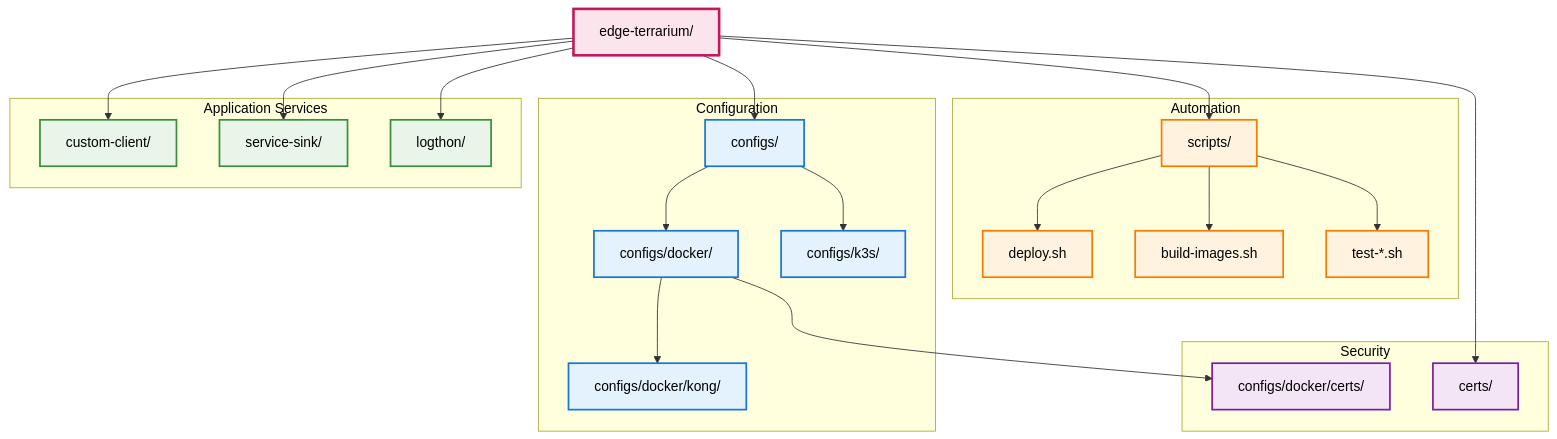
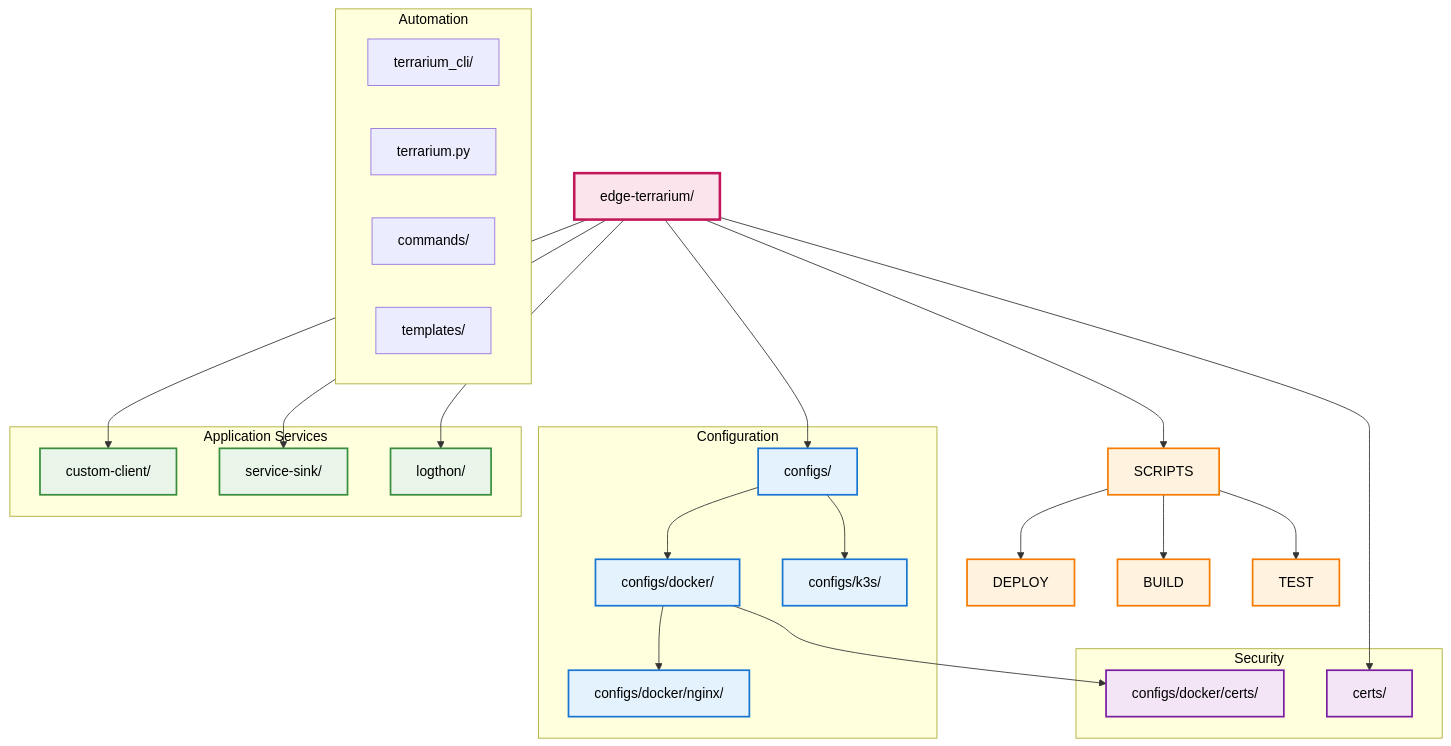
Before and after one commit to aztechead/edge-terrarium: the ninth of 10 diagrams in README.md, drawn with Mermaid. The commit also changed other lines of this file and 8 other files, not shown here.

````diff
--- a/README.md
+++ b/README.md
@@ -1659,58 +1622,58 @@
 ```mermaid
 %%{init: {'themeVariables': {'darkMode': true}}}%%
 flowchart TD
     ROOT[edge-terrarium/]
     
     subgraph "Application Services"
         CC[custom-client/]
         SS[service-sink/]
         LT[logthon/]
     end
     
     subgraph "Configuration"
         CONFIG[configs/]
         DOCKER[configs/docker/]
         K3S[configs/k3s/]
-        KONG[configs/docker/kong/]
+        NGINX[configs/docker/nginx/]
     end
     
     subgraph "Automation"
-        SCRIPTS[scripts/]
-        DEPLOY[deploy.sh]
-        BUILD[build-images.sh]
-        TEST[test-*.sh]
+        CLI[terrarium_cli/]
+        PYTHON[terrarium.py]
+        COMMANDS[commands/]
+        TEMPLATES[templates/]
     end
     
     subgraph "Security"
         CERTS[certs/]
         DOCKER_CERTS[configs/docker/certs/]
     end
     
     ROOT --> CC
     ROOT --> SS
     ROOT --> LT
     ROOT --> CONFIG
     ROOT --> SCRIPTS
     ROOT --> CERTS
     
     CONFIG --> DOCKER
     CONFIG --> K3S
-    DOCKER --> KONG
+    DOCKER --> NGINX
     DOCKER --> DOCKER_CERTS
     
     SCRIPTS --> DEPLOY
     SCRIPTS --> BUILD
     SCRIPTS --> TEST
     
     classDef app fill:#e8f5e8,stroke:#388e3c,stroke-width:2px,color:#000
     classDef config fill:#e3f2fd,stroke:#1976d2,stroke-width:2px,color:#000
     classDef script fill:#fff3e0,stroke:#f57c00,stroke-width:2px,color:#000
     classDef security fill:#f3e5f5,stroke:#7b1fa2,stroke-width:2px,color:#000
     classDef root fill:#fce4ec,stroke:#c2185b,stroke-width:3px,color:#000
     
     class CC,SS,LT app
-    class CONFIG,DOCKER,K3S,KONG config
+    class CONFIG,DOCKER,K3S,NGINX config
     class SCRIPTS,DEPLOY,BUILD,TEST script
     class CERTS,DOCKER_CERTS security
     class ROOT root
 ```
````
